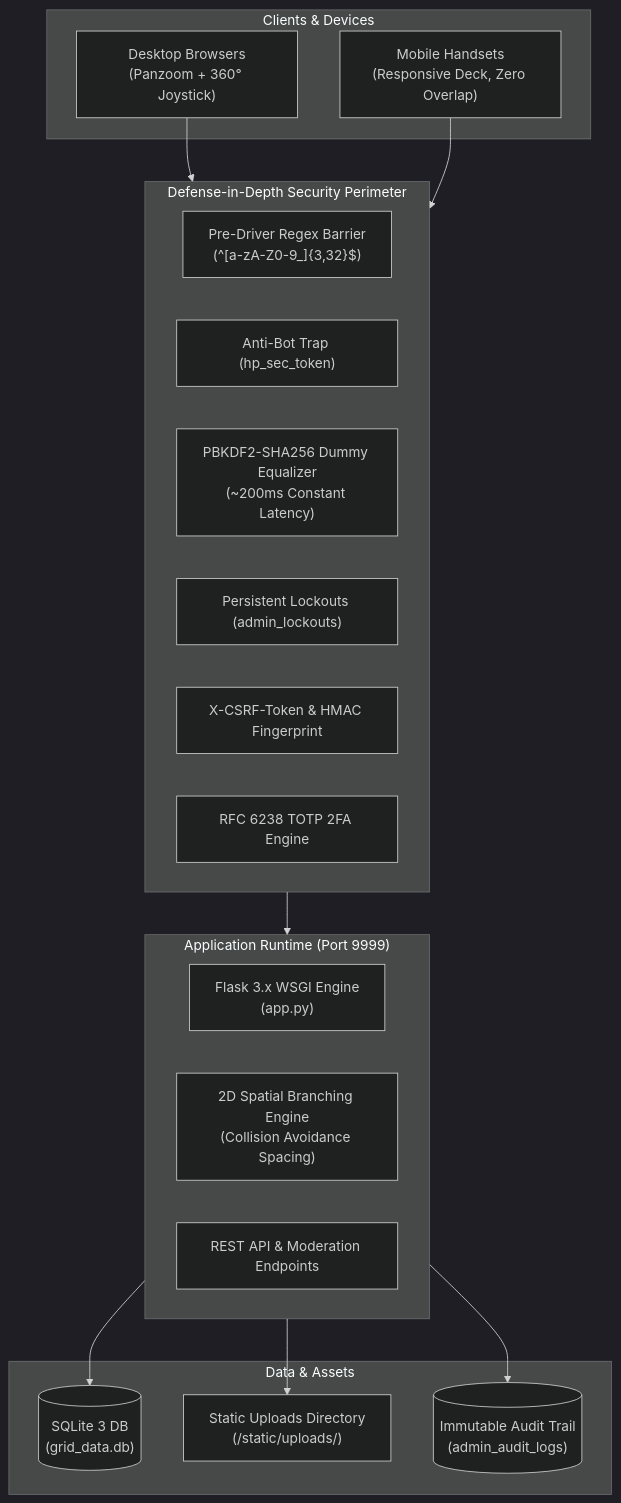
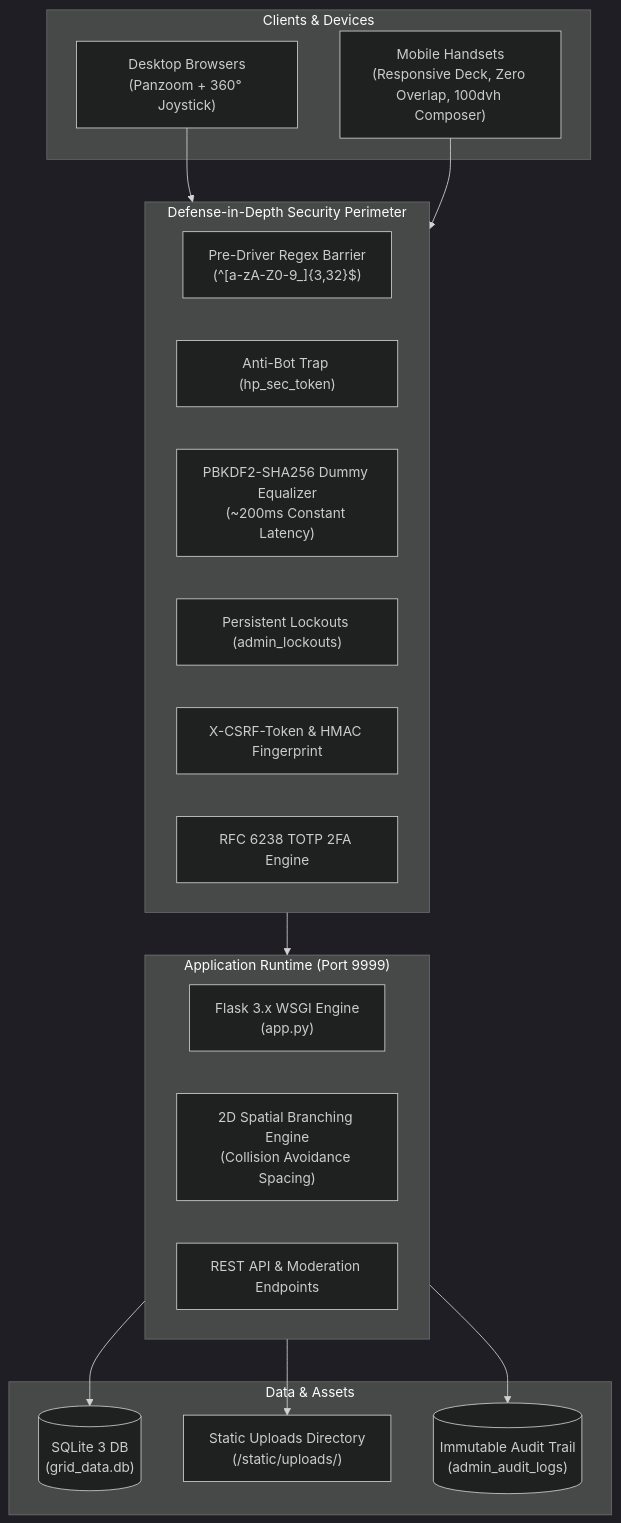
Before and after one commit to ShajjadKhan/Blocktree: the diagram in DEPLOYMENT_RUNBOOK.md, drawn with Mermaid (dark theme). The commit also changed other lines of this file and 3 other files, not shown here.

Commit message:
feat(composer): compact publishing metadata strip and mobile expansive writing layout v3.7

````diff
--- a/DEPLOYMENT_RUNBOOK.md
+++ b/DEPLOYMENT_RUNBOOK.md
@@ -12,35 +12,35 @@
 ```mermaid
 flowchart TD
     subgraph Clients["Clients & Devices"]
         Desktop["Desktop Browsers\n(Panzoom + 360° Joystick)"]
-        Mobile["Mobile Handsets\n(Responsive Deck, Zero Overlap)"]
+        Mobile["Mobile Handsets\n(Responsive Deck, Zero Overlap, 100dvh Composer)"]
     end
 
     subgraph SecurityShield["Defense-in-Depth Security Perimeter"]
         Firewall["Pre-Driver Regex Barrier\n(^[a-zA-Z0-9_]{3,32}$)"]
         Honeypot["Anti-Bot Trap (hp_sec_token)"]
         TimingMitigation["PBKDF2-SHA256 Dummy Equalizer\n(~200ms Constant Latency)"]
         LockoutEngine["Persistent Lockouts (admin_lockouts)"]
         CSRF_HMAC["X-CSRF-Token & HMAC Fingerprint"]
         MFA_TOTP["RFC 6238 TOTP 2FA Engine"]
     end
 
     subgraph CoreBackend["Application Runtime (Port 9999)"]
         Flask["Flask 3.x WSGI Engine\n(app.py)"]
         Physics["2D Spatial Branching Engine\n(Collision Avoidance Spacing)"]
         API["REST API & Moderation Endpoints"]
     end
 
     subgraph StorageLayer["Data & Assets"]
         SQLite[("SQLite 3 DB\n(grid_data.db)")]
         Uploads["Static Uploads Directory\n(/static/uploads/)"]
         AuditLogs[("Immutable Audit Trail\n(admin_audit_logs)")]
     end
 
     Desktop --> SecurityShield
     Mobile --> SecurityShield
     SecurityShield --> CoreBackend
     CoreBackend --> SQLite
     CoreBackend --> Uploads
     CoreBackend --> AuditLogs
 ```
````
